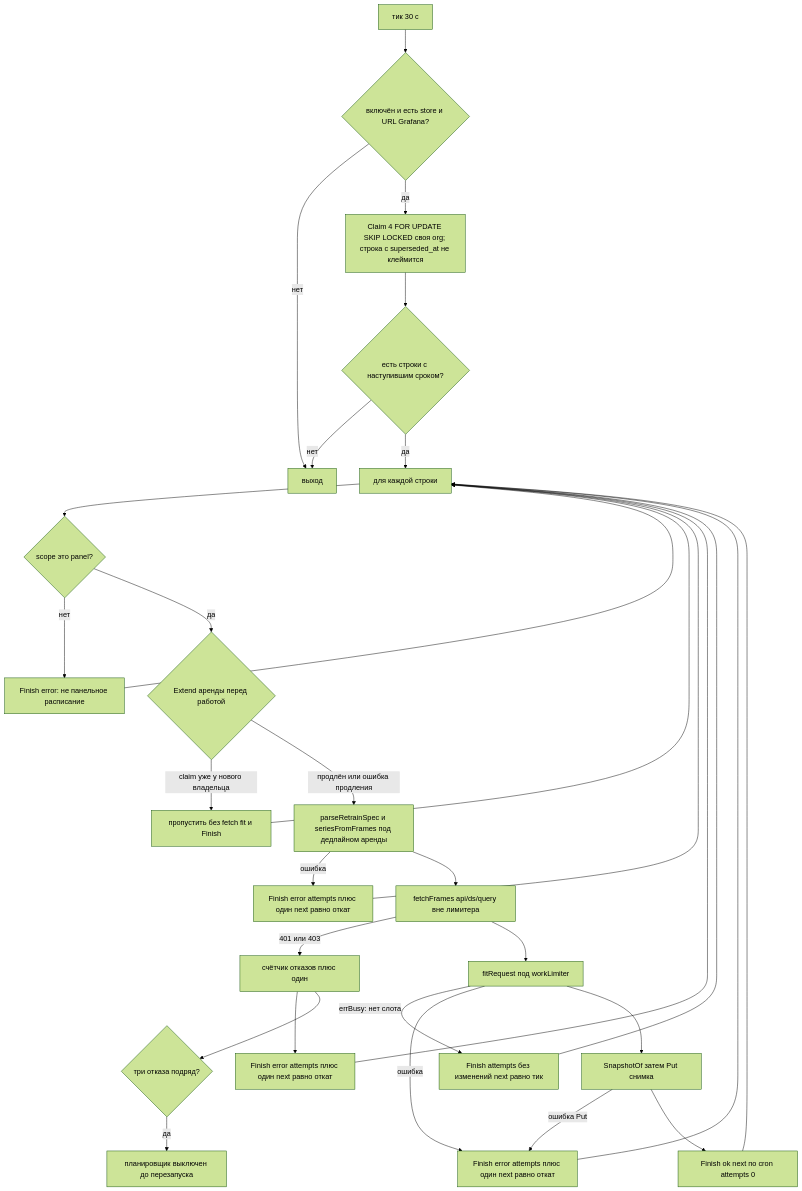
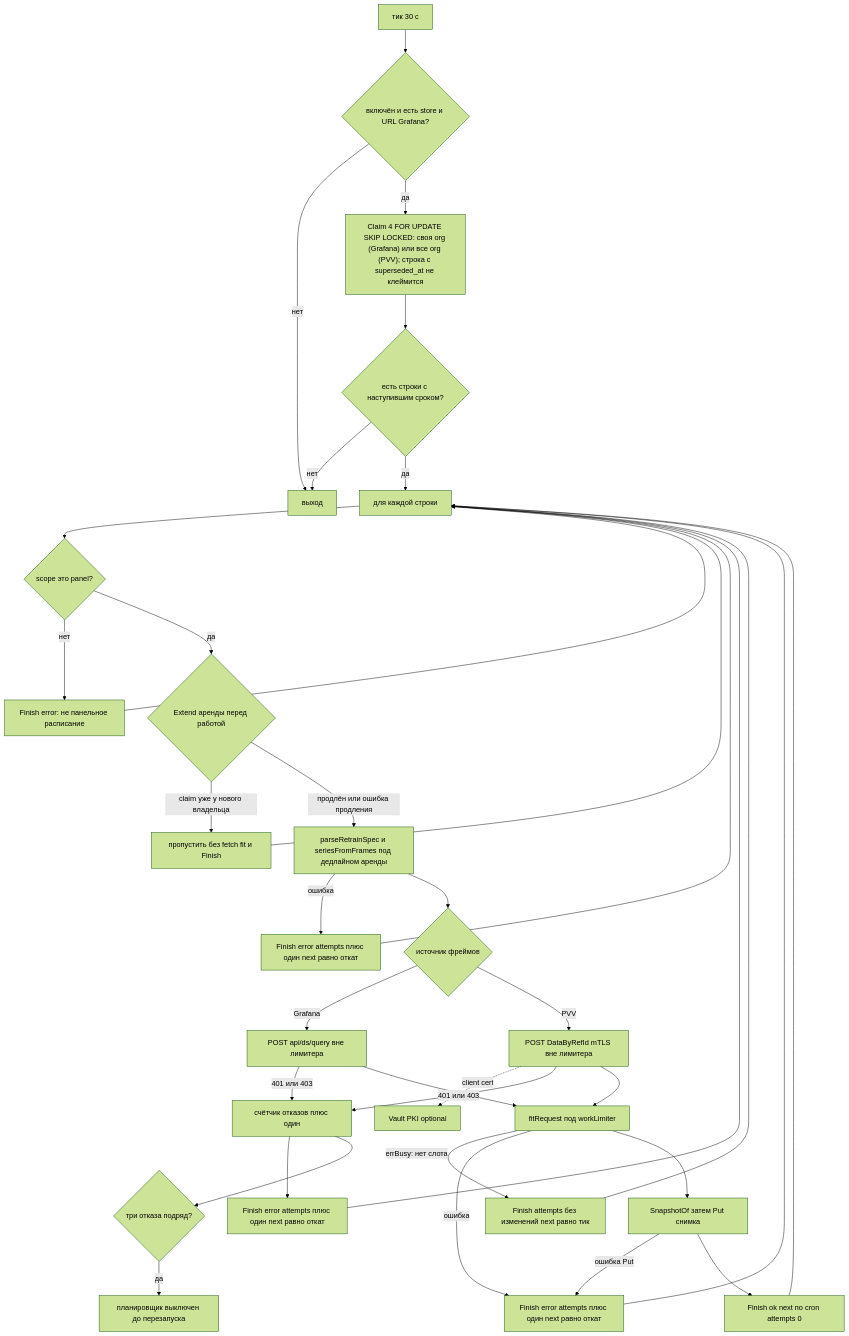
The first of 2 diagrams in diagrams/13-retrain-scheduler.md (eduard-kolotushin/timeseries-grafana), drawn with Mermaid (forest theme) before and after one commit. The commit also changed other lines of this file and 8 other files, not shown here.

First line of the commit message:
docs: bring the remaining docs and diagrams up to v21

````diff
--- a/diagrams/13-retrain-scheduler.md
+++ b/diagrams/13-retrain-scheduler.md
@@ -39,33 +41,39 @@
 ```mermaid
 flowchart TD
   T["тик 30 с"] --> On{"включён и есть store и URL Grafana?"}
+  Vault["Vault PKI optional"]
   On -->|нет| Off["выход"]
-  On -->|да| Claim["Claim 4 FOR UPDATE SKIP LOCKED своя org; строка с superseded_at не клеймится"]
+  On -->|да| Claim["Claim 4 FOR UPDATE SKIP LOCKED: своя org (Grafana) или все org (PVV); строка с superseded_at не клеймится"]
   Claim --> Any{"есть строки с наступившим сроком?"}
   Any -->|нет| Off
   Any -->|да| Loop["для каждой строки"]
   Loop --> Scope{"scope это panel?"}
   Scope -->|нет| Fin0["Finish error: не панельное расписание"]
   Scope -->|да| Extend{"Extend аренды перед работой"}
   Extend -->|claim уже у нового владельца| Lost["пропустить без fetch fit и Finish"]
   Extend -->|продлён или ошибка продления| Parse["parseRetrainSpec и seriesFromFrames под дедлайном аренды"]
   Parse -->|ошибка| Fin1["Finish error attempts плюс один next равно откат"]
-  Parse --> Fetch["fetchFrames api/ds/query вне лимитера"]
+  Parse --> Source{"источник фреймов"}
+  Source -->|"Grafana"| Fetch["POST api/ds/query вне лимитера"]
+  Source -->|"PVV"| Pvv["POST DataByRefId mTLS вне лимитера"]
+  Pvv -.->|"client cert"| Vault
   Fetch -->|401 или 403| Auth["счётчик отказов плюс один"]
+  Pvv -->|401 или 403| Auth
   Auth --> Fin2["Finish error attempts плюс один next равно откат"]
   Fetch --> Fit["fitRequest под workLimiter"]
+  Pvv --> Fit
   Fit -->|"errBusy: нет слота"| Busy["Finish attempts без изменений next равно тик"]
   Fit -->|ошибка| Fin4["Finish error attempts плюс один next равно откат"]
   Fit --> Snap["SnapshotOf затем Put снимка"]
   Snap -->|ошибка Put| Fin4
   Snap --> Fin3["Finish ok next по cron attempts 0"]
   Fin3 --> Loop
   Fin4 --> Loop
   Busy --> Loop
   Fin2 --> Loop
   Fin1 --> Loop
   Fin0 --> Loop
   Lost --> Loop
   Auth --> Dis{"три отказа подряд?"}
   Dis -->|да| Stop["планировщик выключен до перезапуска"]
 ```
````
